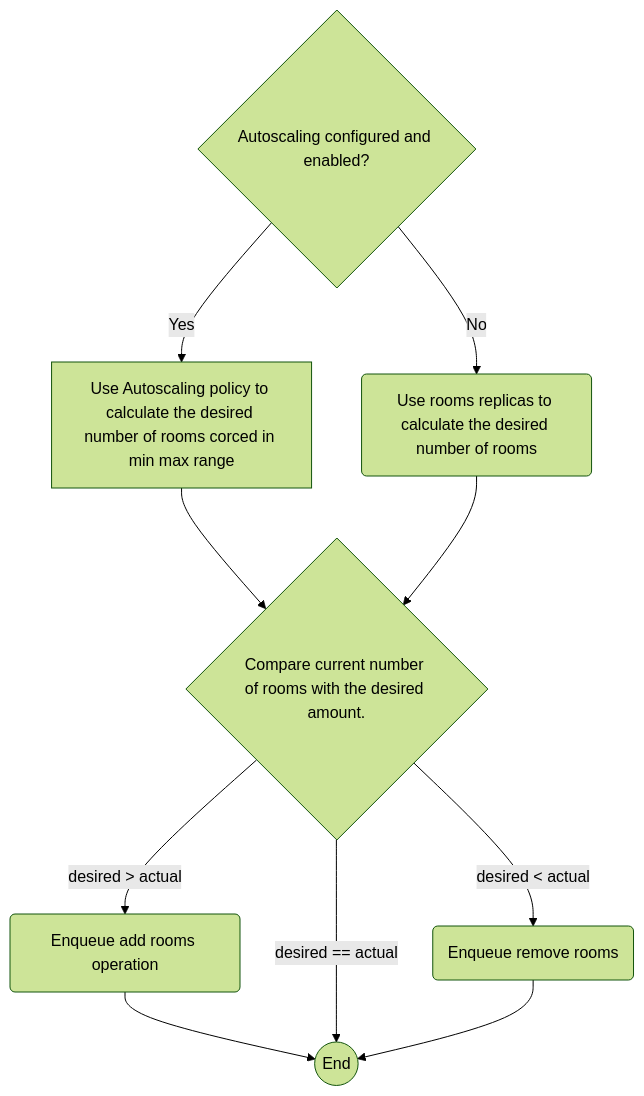
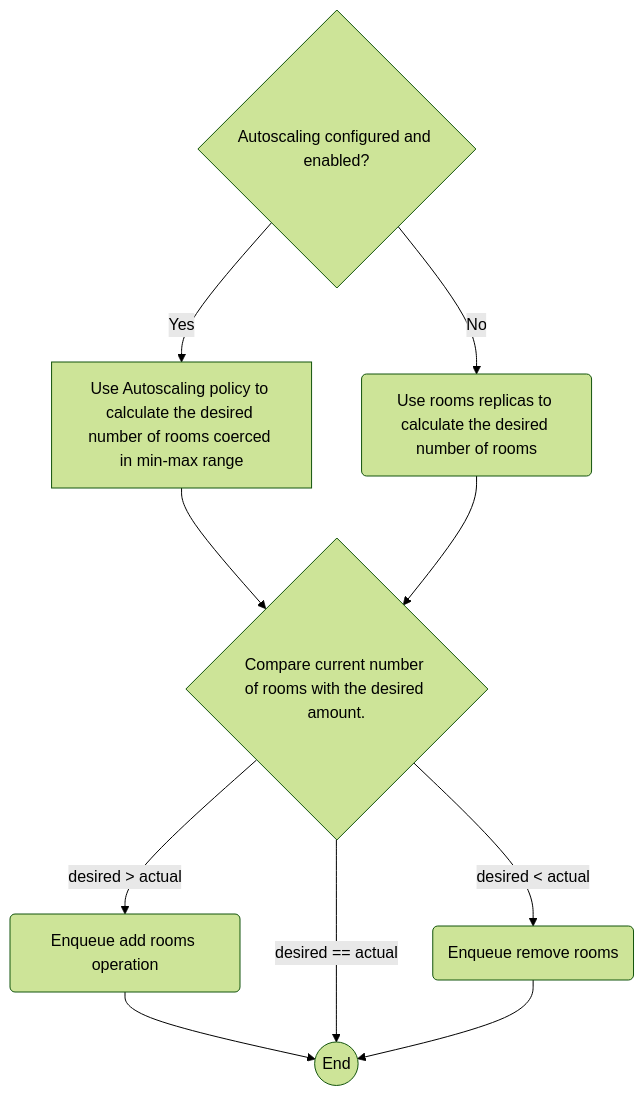
Before and after one commit to topfreegames/maestro: the diagram in docs/Autoscaling.md, drawn with Mermaid (forest theme).

````diff
--- a/docs/Autoscaling.md
+++ b/docs/Autoscaling.md
@@ -10,17 +10,17 @@
 ```mermaid
   flowchart TD
     finish((End))
     add_rooms_operation(Enqueue add rooms operation)
     remove_rooms_operation(Enqueue remove rooms)
     use_rooms_replicas(Use rooms replicas to calculate the desired number of rooms)
     autoscaling_enabled{Autoscaling configured and enabled?}
     decide_operation{Compare current number of rooms with the desired amount.}
-    use_autoscaling[Use Autoscaling policy to calculate the desired number of rooms corced in min max range]
+    use_autoscaling[Use Autoscaling policy to calculate the desired number of rooms coerced in min-max range]
     autoscaling_enabled -- No --> use_rooms_replicas;
     autoscaling_enabled -- Yes --> use_autoscaling;
     use_autoscaling --> decide_operation;
     use_rooms_replicas --> decide_operation;
     decide_operation --  desired > actual --> add_rooms_operation --> finish;
     decide_operation --  desired == actual --> finish;
     decide_operation --  desired < actual --> remove_rooms_operation --> finish;
 ```
````
